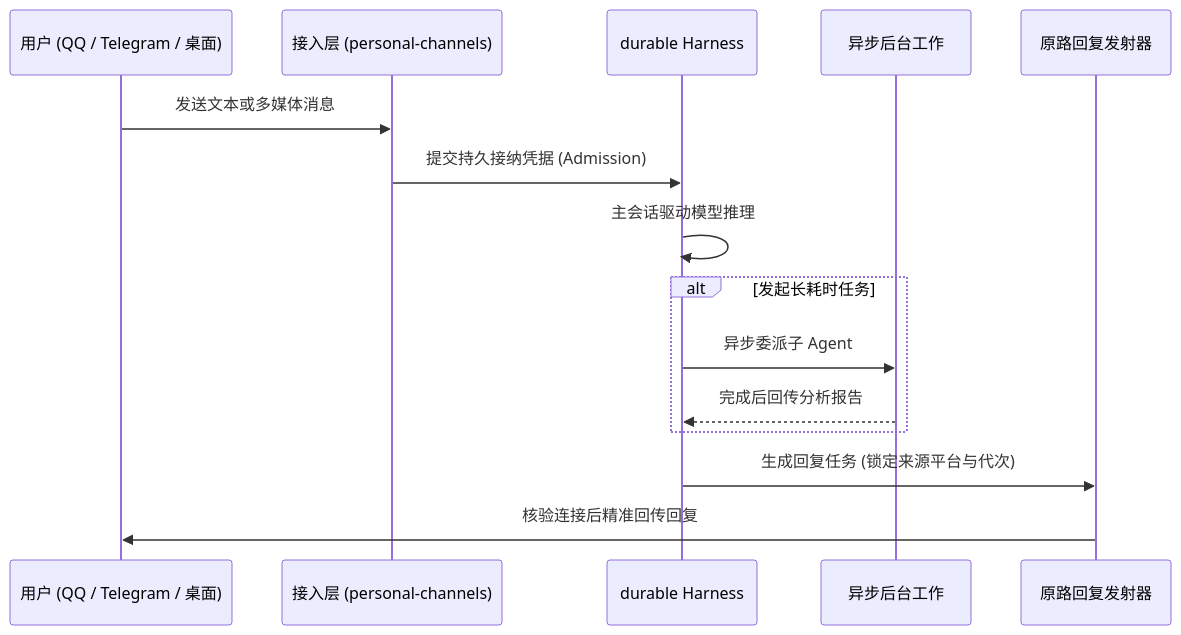
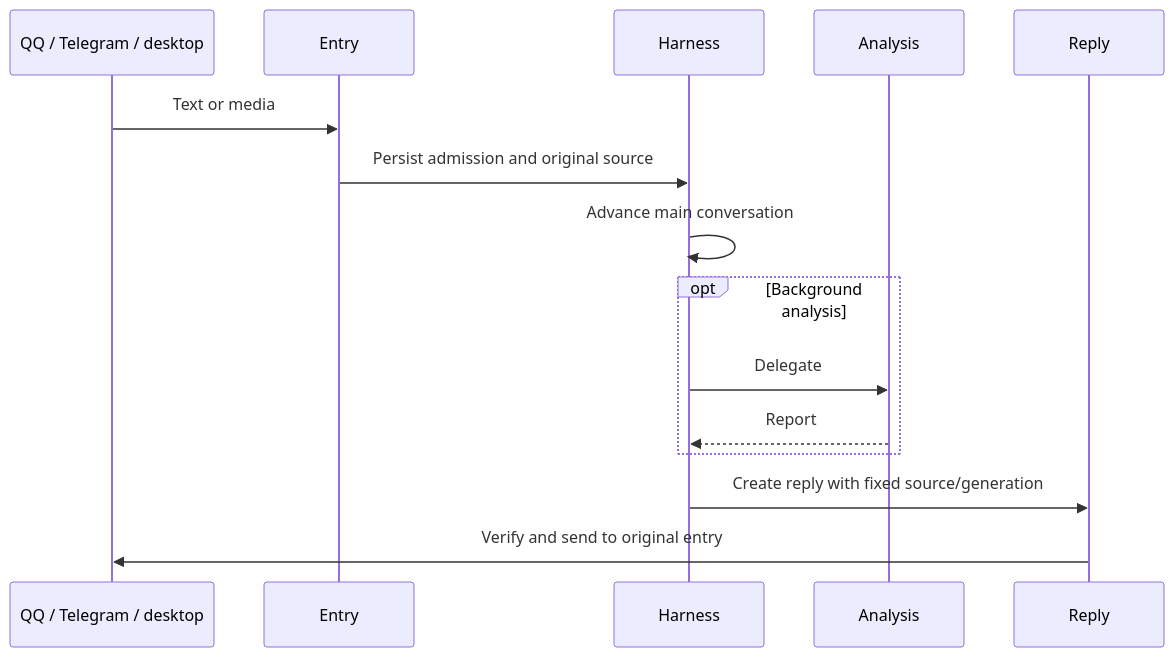
The second of 2 diagrams in docs/modules/personal-durable.md (num-lab/Ruukoto), drawn with Mermaid before and after one commit. The commit also changed other lines of this file and 3987 other files, not shown here.

````diff
--- a/docs/modules/personal-durable.md
+++ b/docs/modules/personal-durable.md
@@ -85,18 +60,17 @@
 ```mermaid
 sequenceDiagram
-  participant User as 用户 (QQ / Telegram / 桌面)
-  participant Inbound as 接入层 (personal-channels)
-  participant Harness as durable Harness
-  participant SubTask as 异步后台工作
-  participant Outbox as 原路回复发射器
-
-  User->>Inbound: 发送文本或多媒体消息
-  Inbound->>Harness: 提交持久接纳凭据 (Admission)
-  Harness->>Harness: 主会话驱动模型推理
-  alt 发起长耗时任务
-    Harness->>SubTask: 异步委派子 Agent
-    SubTask-->>Harness: 完成后回传分析报告
+  participant Owner as QQ / Telegram / desktop
+  participant Entry
+  participant Harness
+  participant Analysis
+  participant Reply
+  Owner->>Entry: Text or media
+  Entry->>Harness: Persist admission and original source
+  Harness->>Harness: Advance main conversation
+  opt Background analysis
+    Harness->>Analysis: Delegate
+    Analysis-->>Harness: Report
   end
-  Harness->>Outbox: 生成回复任务 (锁定来源平台与代次)
-  Outbox->>User: 核验连接后精准回传回复
+  Harness->>Reply: Create reply with fixed source/generation
+  Reply->>Owner: Verify and send to original entry
 ```
````
